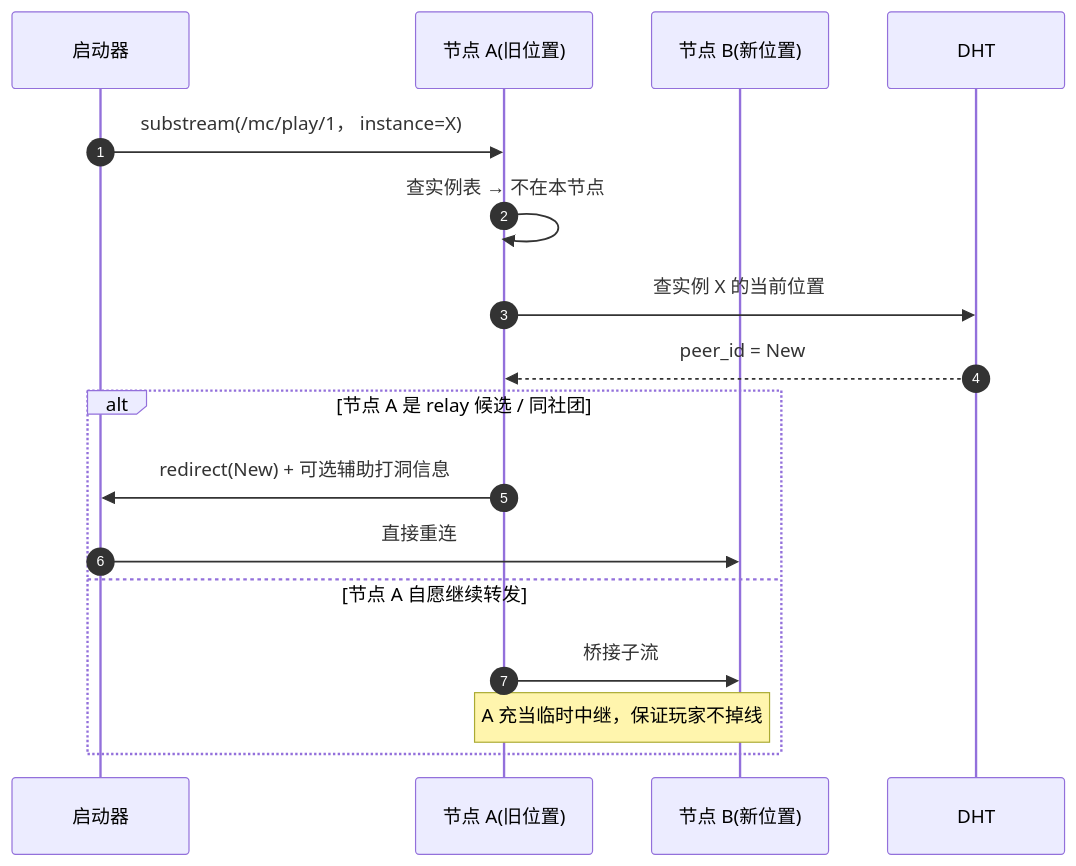
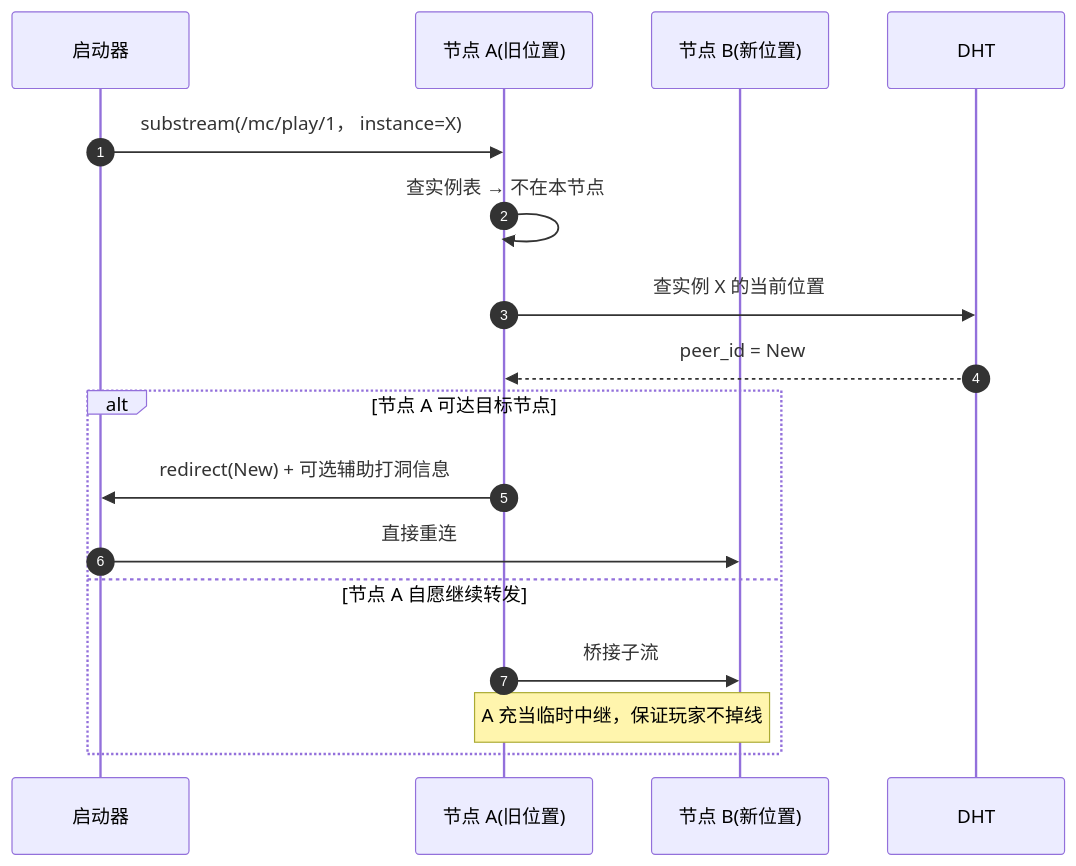
Before and after one commit to JLUCraft/docs: the second of 6 diagrams in pages/components/server/network.md, drawn with Mermaid. The commit also changed other lines of this file and 12 other files, not shown here.

````diff
--- a/pages/components/server/network.md
+++ b/pages/components/server/network.md
@@ -97,20 +97,20 @@
 ```mermaid
 sequenceDiagram
     autonumber
     participant Cli as 启动器
     participant Old as 节点 A(旧位置)
     participant New as 节点 B(新位置)
     participant DHT
 
     Cli->>Old: substream(/mc/play/1， instance=X)
     Old->>Old: 查实例表 → 不在本节点
     Old->>DHT: 查实例 X 的当前位置
     DHT-->>Old: peer_id = New
-    alt 节点 A 是 relay 候选 / 同社团
+    alt 节点 A 可达目标节点
         Old->>Cli: redirect(New) + 可选辅助打洞信息
         Cli->>New: 直接重连
     else 节点 A 自愿继续转发
         Old->>New: 桥接子流
         Note over Old,New: A 充当临时中继，保证玩家不掉线
     end
 ```
````
